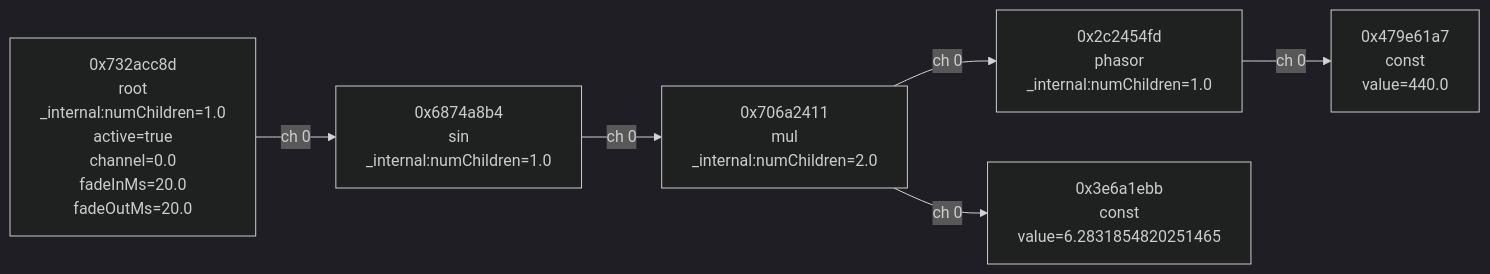
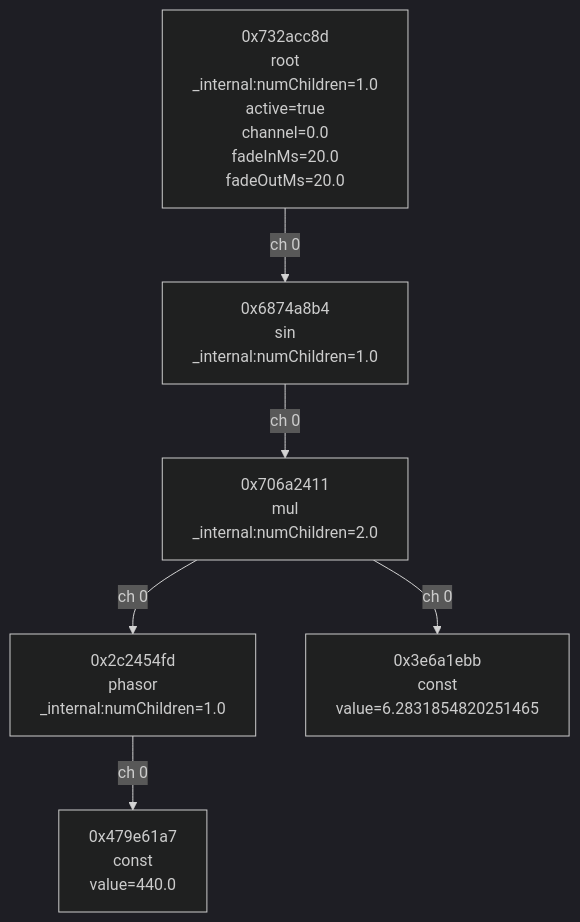
Before and after one commit to parkernilson/elementary: the diagram in tests/snapshots/BasicSineWaveGraphNumericLiteral.snapshot.md, drawn with Mermaid (dark theme). The commit also changed 4 other files, not shown here.

````diff
--- a/tests/snapshots/BasicSineWaveGraphNumericLiteral.snapshot.md
+++ b/tests/snapshots/BasicSineWaveGraphNumericLiteral.snapshot.md
@@ -1,14 +1,14 @@
 ```mermaid
-flowchart LR
+flowchart TD
     n0x2c2454fd["0x2c2454fd<br/>phasor<br/>_internal:numChildren=1.0"]
     n0x3e6a1ebb["0x3e6a1ebb<br/>const<br/>value=6.2831854820251465"]
     n0x479e61a7["0x479e61a7<br/>const<br/>value=440.0"]
     n0x6874a8b4["0x6874a8b4<br/>sin<br/>_internal:numChildren=1.0"]
     n0x706a2411["0x706a2411<br/>mul<br/>_internal:numChildren=2.0"]
     n0x732acc8d["0x732acc8d<br/>root<br/>_internal:numChildren=1.0<br/>active=true<br/>channel=0.0<br/>fadeInMs=20.0<br/>fadeOutMs=20.0"]
     n0x2c2454fd -->|ch 0| n0x479e61a7
     n0x6874a8b4 -->|ch 0| n0x706a2411
     n0x706a2411 -->|ch 0| n0x3e6a1ebb
     n0x706a2411 -->|ch 0| n0x2c2454fd
     n0x732acc8d -->|ch 0| n0x6874a8b4
 ```
````
